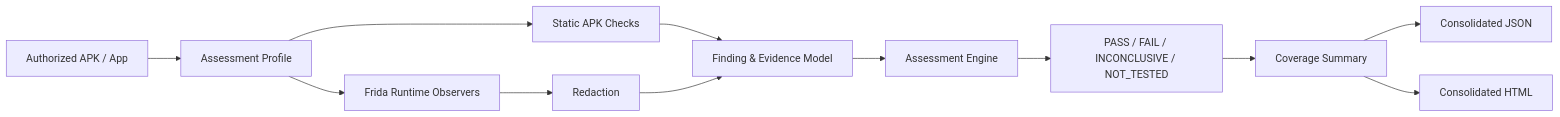
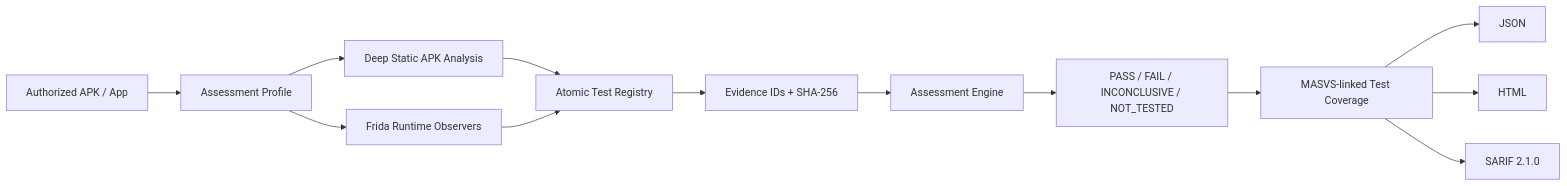
Before and after one commit to oktorio/MobileAuditKit: the diagram in README.md, drawn with Mermaid. The commit also changed other lines of this file and 26 other files, not shown here.

````diff
--- a/README.md
+++ b/README.md
@@ -140,14 +143,15 @@
 ```mermaid
 flowchart LR
     A[Authorized APK / App] --> P[Assessment Profile]
-    P --> S[Static APK Checks]
+    P --> S[Deep Static APK Analysis]
     P --> F[Frida Runtime Observers]
-    S --> E[Finding & Evidence Model]
-    F --> R[Redaction]
-    R --> E
+    S --> T[Atomic Test Registry]
+    F --> T
+    T --> E[Evidence IDs + SHA-256]
     E --> V[Assessment Engine]
     V --> X[PASS / FAIL / INCONCLUSIVE / NOT_TESTED]
-    X --> C[Coverage Summary]
-    C --> J[Consolidated JSON]
-    C --> H[Consolidated HTML]
+    X --> M[MASVS-linked Test Coverage]
+    M --> J[JSON]
+    M --> H[HTML]
+    M --> R[SARIF 2.1.0]
 ```
````
